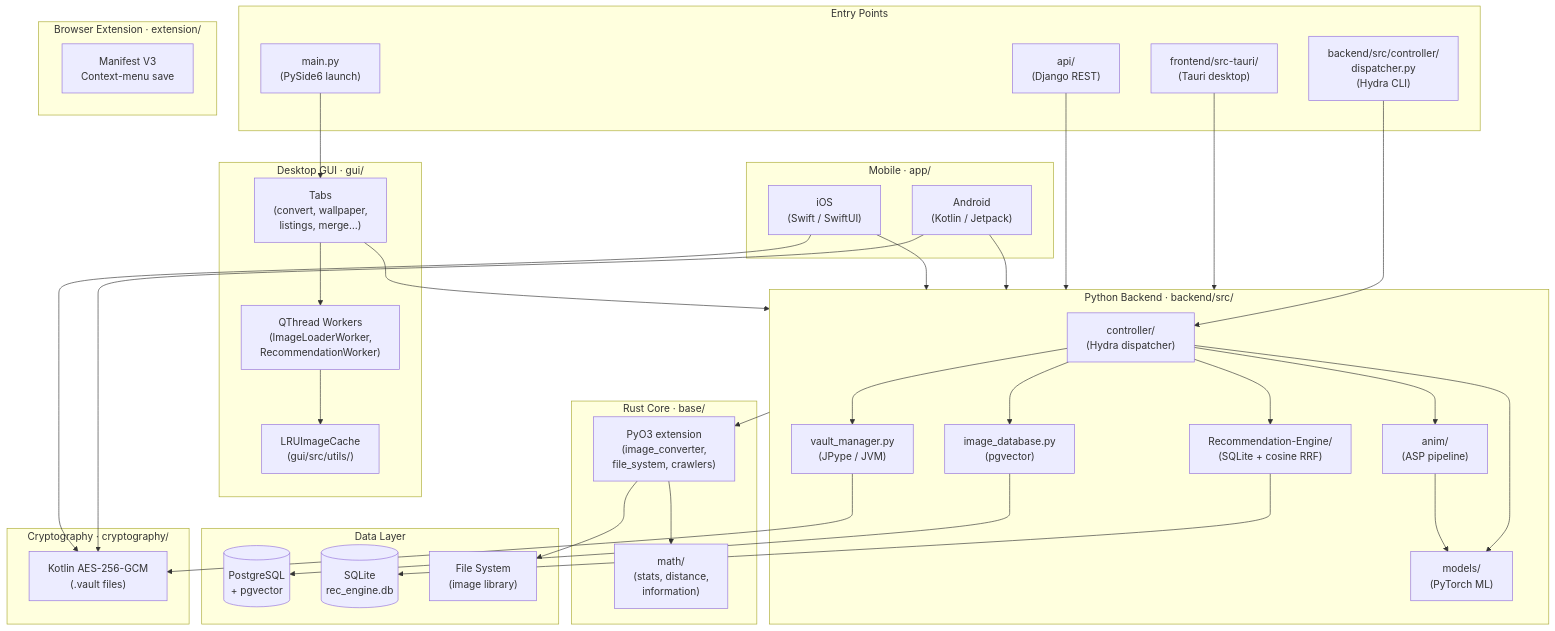
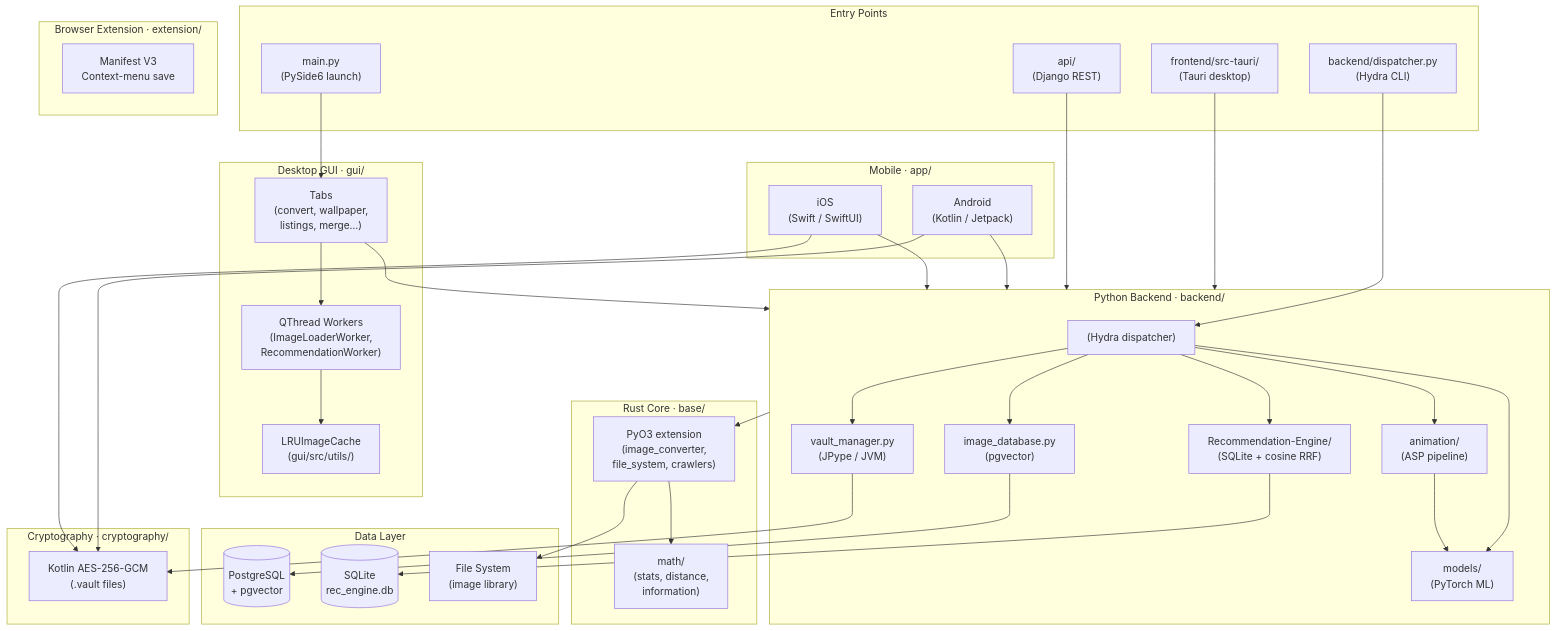
One commit to ACFHarbinger/Image-Toolkit changed the first of 25 diagrams in docs/ARCHITECTURE.md. Above: the diagram before and after it, drawn with Mermaid. The commit also changed other lines of this file and 241 other files, not shown here.

Commit message:
Changed name of anim module to animation, add git/github related files (dependabot, CONTRIBUTING, etc.), and added other miscellaneous markdown/yaml files

```diff
--- a/docs/ARCHITECTURE.md
+++ b/docs/ARCHITECTURE.md
@@ -9,7 +9,7 @@
 flowchart TD
     subgraph Entry["Entry Points"]
         MAIN["main.py\n(PySide6 launch)"]
-        CLI["backend/src/controller/\ndispatcher.py\n(Hydra CLI)"]
+        CLI["backend/dispatcher.py\n(Hydra CLI)"]
         TAURI["frontend/src-tauri/\n(Tauri desktop)"]
         API["api/\n(Django REST)"]
     end
@@ -20,9 +20,9 @@
         LRU["LRUImageCache\n(gui/src/utils/)"]
     end
 
-    subgraph Backend["Python Backend  ·  backend/src/"]
-        CTRL["controller/\n(Hydra dispatcher)"]
-        ANIMMOD["anim/\n(ASP pipeline)"]
+    subgraph Backend["Python Backend  ·  backend/"]
+        CTRL["(Hydra dispatcher)"]
+        ANIMMOD["animation/\n(ASP pipeline)"]
         MODELS["models/\n(PyTorch ML)"]
         DB["image_database.py\n(pgvector)"]
         VAULT["vault_manager.py\n(JPype / JVM)"]
```
